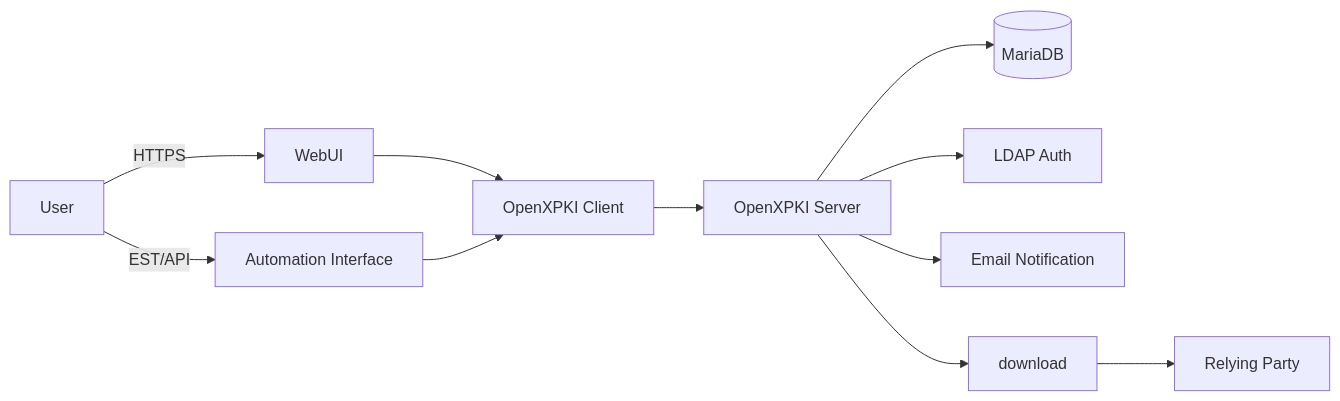
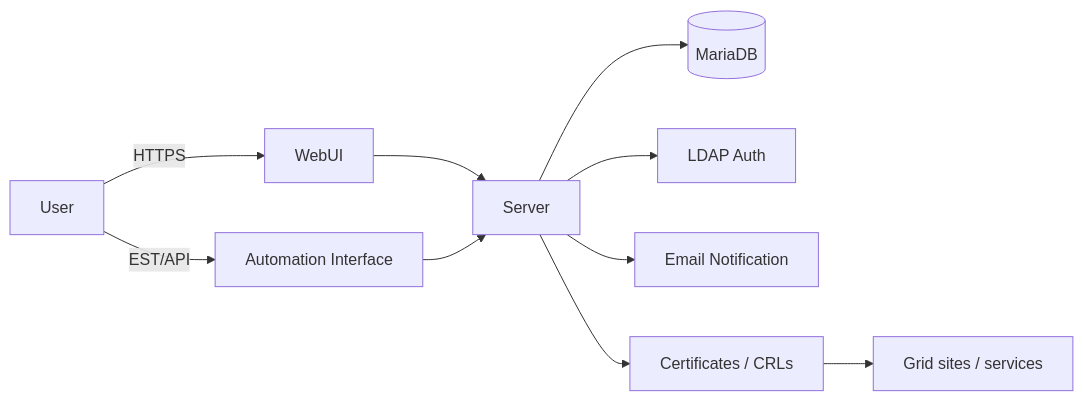
The first of 2 diagrams in slides.md (hanx-hep/clhcp2026-ihepca), drawn with Mermaid before and after one commit. The commit also changed other lines of this file and 1 other file, not shown here.

Commit message:
feat: highlight IHEP PKI development and simplify backend architecture

````diff
--- a/slides.md
+++ b/slides.md
@@ -243,13 +290,12 @@
 ```mermaid {scale: 0.64}
 graph LR
     User[User] -->|HTTPS| WebUI[WebUI]
     User -->|EST/API| API[Automation Interface]
-    WebUI --> Client[OpenXPKI Client]
-    API --> Client
-    Client --> Server[OpenXPKI Server]
+    WebUI --> Server[Server]
+    API --> Server
     Server --> DB[(MariaDB)]
     Server --> LDAP[LDAP Auth]
     Server --> Mail[Email Notification]
-    Server --> Download[download]
-    Download --> RP[Relying Party]
+    Server --> Publish[Certificates / CRLs]
+    Publish --> RP[Grid sites / services]
 ```
````
